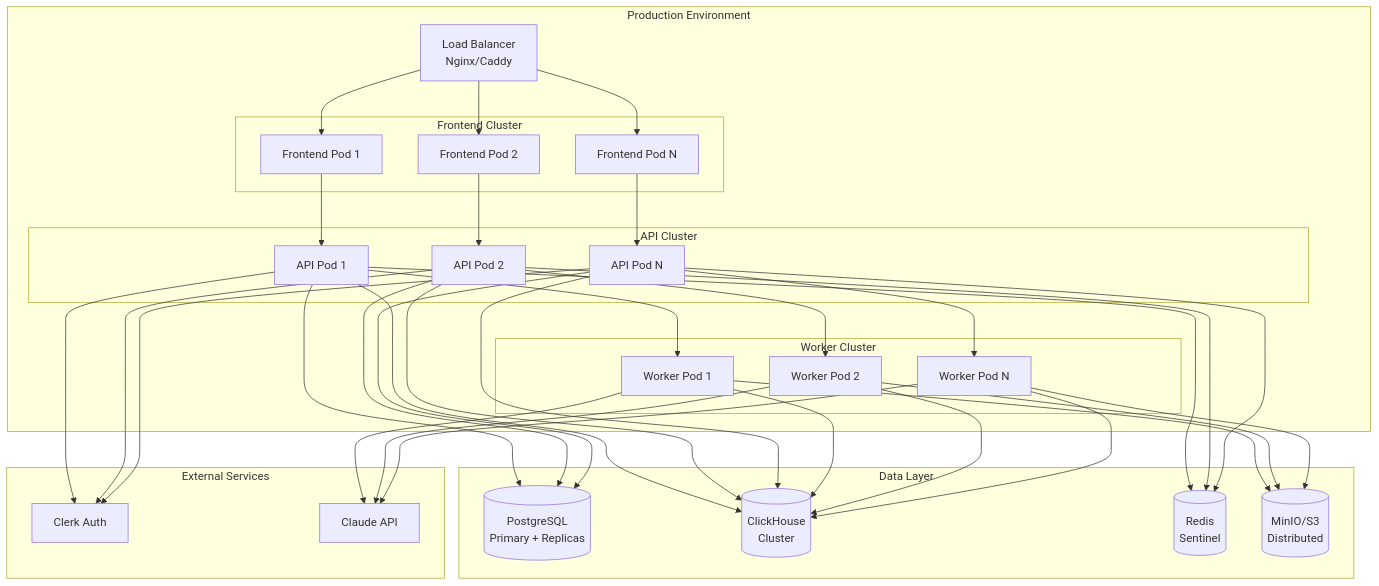
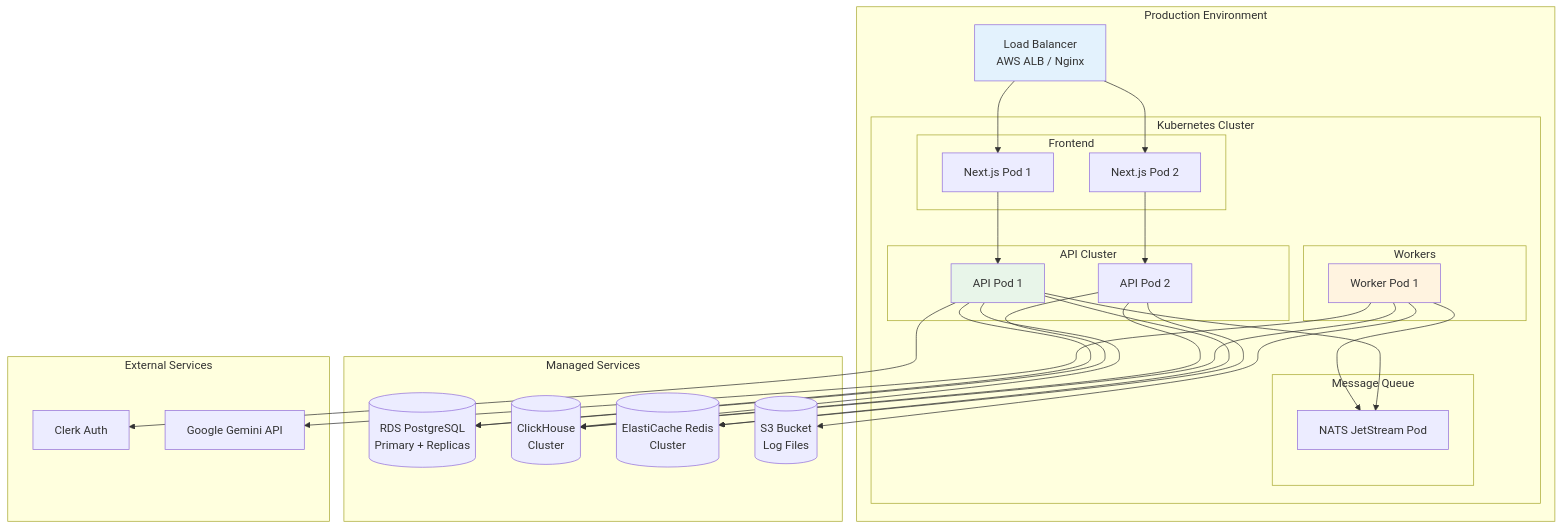
The seventh of 8 diagrams in docs/diagrams/architecture.md (OmarEhab007/RemedyIQ), drawn with Mermaid before and after one commit. The commit also changed other lines of this file and 125 other files, not shown here.

First line of the commit message:
feat: EKS containerization with Helm charts, CI/CD pipelines, and snappy fix (#12)

````diff
--- a/docs/diagrams/architecture.md
+++ b/docs/diagrams/architecture.md
@@ -290,76 +315,62 @@
 ```mermaid
 graph TB
     subgraph "Production Environment"
-        LB[Load Balancer<br/>Nginx/Caddy]
+        LB[Load Balancer<br/>AWS ALB / Nginx]
         
-        subgraph "Frontend Cluster"
-            FE1[Frontend Pod 1]
-            FE2[Frontend Pod 2]
-            FEN[Frontend Pod N]
+        subgraph "Kubernetes Cluster"
+            subgraph "Frontend"
+                FE1[Next.js Pod 1]
+                FE2[Next.js Pod 2]
+            end
+            
+            subgraph "API Cluster"
+                API1[API Pod 1]
+                API2[API Pod 2]
+            end
+            
+            subgraph "Workers"
+                WKR1[Worker Pod 1]
+            end
+            
+            subgraph "Message Queue"
+                NATS_POD[NATS JetStream Pod]
+            end
         end
-        
-        subgraph "API Cluster"
-            API1[API Pod 1]
-            API2[API Pod 2]
-            APIN[API Pod N]
-        end
-        
-        subgraph "Worker Cluster"
-            WKR1[Worker Pod 1]
-            WKR2[Worker Pod 2]
-            WKRN[Worker Pod N]
-        end
-        
-        LB --> FE1
-        LB --> FE2
-        LB --> FEN
-        
-        FE1 --> API1
-        FE2 --> API2
-        FEN --> APIN
-        
-        API1 --> WKR1
-        API2 --> WKR2
-        APIN --> WKRN
     end
     
-    subgraph "Data Layer"
-        PG_HA[(PostgreSQL<br/>Primary + Replicas)]
+    subgraph "Managed Services"
+        PG_HA[(RDS PostgreSQL<br/>Primary + Replicas)]
         CH_CLUSTER[(ClickHouse<br/>Cluster)]
-        REDIS_HA[(Redis<br/>Sentinel)]
-        S3_CLUSTER[(MinIO/S3<br/>Distributed)]
+        REDIS_HA[(ElastiCache Redis<br/>Cluster)]
+        S3_BUCKET[(S3 Bucket<br/>Log Files)]
     end
+    
+    subgraph "External Services"
+        CLERK[Clerk Auth]
+        GEMINI[Google Gemini API]
+    end
+    
+    LB --> FE1
+    LB --> FE2
+    FE1 --> API1
+    FE2 --> API2
     
     API1 --> PG_HA
     API2 --> PG_HA
-    APIN --> PG_HA
-    
     API1 --> CH_CLUSTER
     API2 --> CH_CLUSTER
-    APIN --> CH_CLUSTER
-    
     API1 --> REDIS_HA
     API2 --> REDIS_HA
-    APIN --> REDIS_HA
     
-    WKR1 --> S3_CLUSTER
-    WKR2 --> S3_CLUSTER
-    WKRN --> S3_CLUSTER
+    WKR1 --> S3_BUCKET
+    WKR1 --> CH_CLUSTER
+    WKR1 --> NATS_POD
+    WKR1 --> GEMINI
     
-    WKR1 --> CH_CLUSTER
-    WKR2 --> CH_CLUSTER
-    WKRN --> CH_CLUSTER
+    API1 --> NATS_POD
+    API1 --> CLERK
     
-    subgraph "External Services"
-        CLERK[Clerk Auth]
-        CLAUDE[Claude API]
-    end
-    
-    API1 --> CLERK
-    API2 --> CLERK
-    APIN --> CLERK
-    
-    WKR1 --> CLAUDE
-    WKR2 --> CLAUDE
-    WKRN --> CLAUDE
+    style LB fill:#e3f2fd
+    style API1 fill:#e8f5e9
+    style WKR1 fill:#fff3e0
 ```
````
